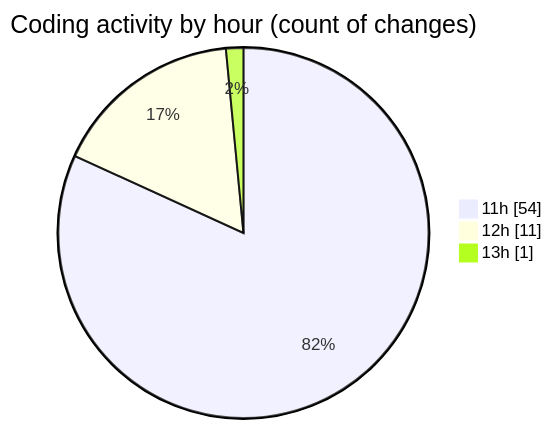
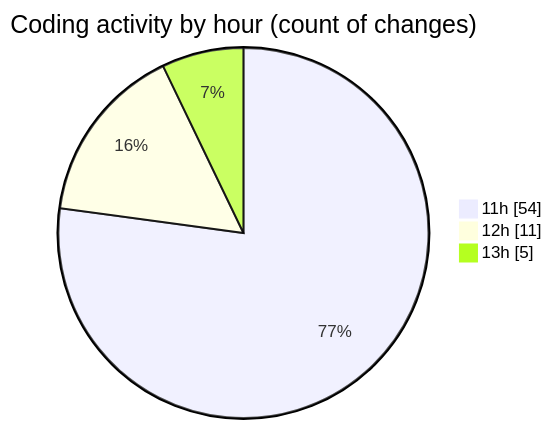
One commit to robertbonfada/code-tracking changed the second of 2 diagrams in 2025-03-17/audiobooks-web/README.md. Above: the diagram before and after it, drawn with Mermaid. The commit also changed other lines of this file and 1 other file, not shown here.

````diff
--- a/2025-03-17/audiobooks-web/README.md
+++ b/2025-03-17/audiobooks-web/README.md
@@ -36,7 +36,7 @@
 ```mermaid
 pie showData
 title Coding activity by hour (count of changes)
 "11h" : 54
 "12h" : 11
-"13h" : 1
+"13h" : 5
 ```
````
